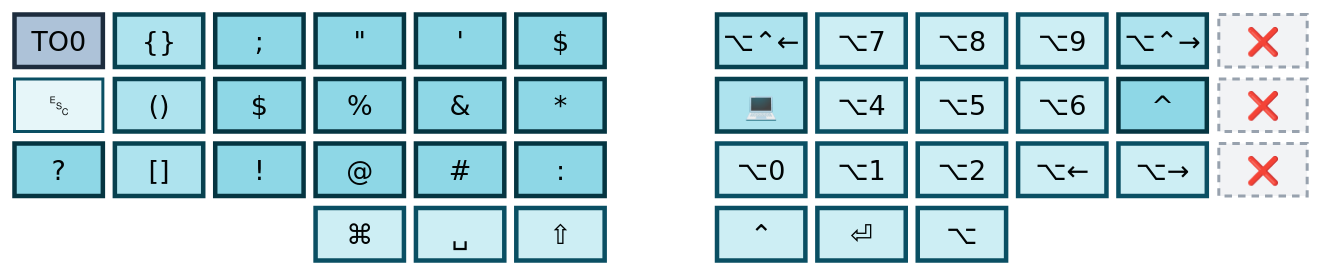
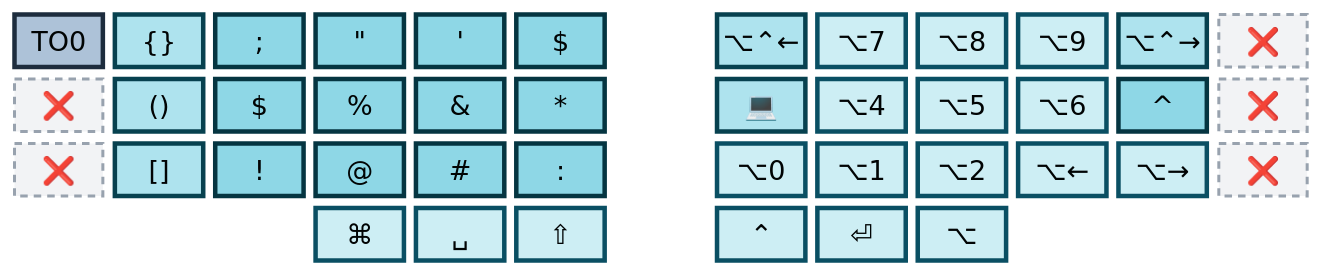
Before and after one commit to abloch/zmk-corne: the second of 6 diagrams in README.md, drawn with Mermaid. The commit also changed other lines of this file and 5 other files, not shown here.

````diff
--- a/README.md
+++ b/README.md
@@ -97,24 +97,23 @@
 ```mermaid
 %%{init: {'theme':'base','themeVariables':{'primaryColor':'#e6f6f9','primaryTextColor':'#04222b','primaryBorderColor':'#0a4f63','nodeTextColor':'#04222b','textColor':'#04222b','mainBkg':'#e6f6f9','fontSize':'18px'}}}%%
 block
 columns 13
 
   to0["TO0"] cur[" {}"] semi[";"] dqt["#quot;"] sqt["'"] dol["$"] space wl["⌥⌃←"] a7["⌥7"] a8["⌥8"] a9["⌥9"] wr["⌥⌃→"] x1["❌"]
-  esc["␛"] par[" ()"] dl2["$"] pct["%"] amp[" &"] ast["*"] space trm["💻"] a4["⌥4"] a5["⌥5"] a6["⌥6"] car["^"] x2["❌"]
-  qm["?"] sqb[" []"] exc["!"] at["@"] hsh[" #"] col[":"] space a0["⌥0"] a1["⌥1"] a2["⌥2"] al["⌥←"] ar["⌥→"] x3["❌"]
+  xe2["❌"] par[" ()"] dl2["$"] pct["%"] amp[" &"] ast["*"] space trm["💻"] a4["⌥4"] a5["⌥5"] a6["⌥6"] car["^"] x2["❌"]
+  xq["❌"] sqb[" []"] exc["!"] at["@"] hsh[" #"] col[":"] space a0["⌥0"] a1["⌥1"] a2["⌥2"] al["⌥←"] ar["⌥→"] x3["❌"]
   space:3 cmd["⌘"] spc["␣"] sft["⇧"] space ctl["⌃"] ent["⏎"] alt["⌥"] space:3
 
   classDef plain fill:#e6f6f9,stroke:#0a4f63,stroke-width:2px,color:#04222b
   classDef mod fill:#cdeef4,stroke:#0a4f63,stroke-width:3px,color:#04222b
   classDef seq fill:#aee3ee,stroke:#07414f,stroke-width:3px,color:#03191f
   classDef spec fill:#8ed7e6,stroke:#053541,stroke-width:3px,color:#02141a
   classDef goL0 fill:#adc2d8,stroke:#1d2c3d,stroke-width:3px,color:#060c12
   classDef dead fill:#f2f3f5,stroke:#98a2ae,stroke-width:2px,stroke-dasharray:5 4,color:#5b6673
 
-  class esc plain
   class a0,a1,a2,a4,a5,a6,a7,a8,a9,al,ar,cmd,spc,sft,ctl,ent,alt mod
   class cur,par,sqb,wl,wr,trm seq
-  class semi,dqt,sqt,dol,dl2,pct,amp,ast,qm,exc,at,hsh,col,car spec
+  class semi,dqt,sqt,dol,dl2,pct,amp,ast,exc,at,hsh,col,car spec
   class to0 goL0
-  class x1,x2,x3 dead
+  class xe2,xq,x1,x2,x3 dead
 ```
````
